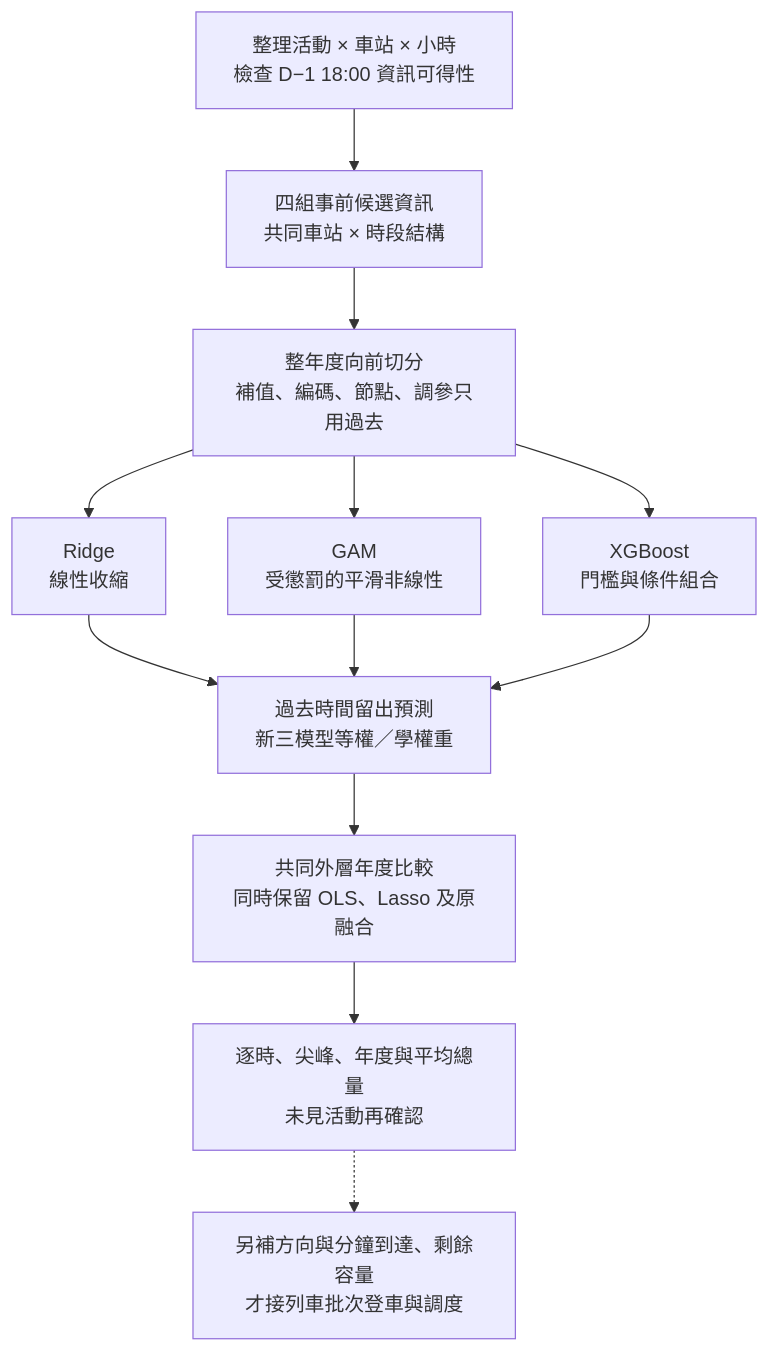
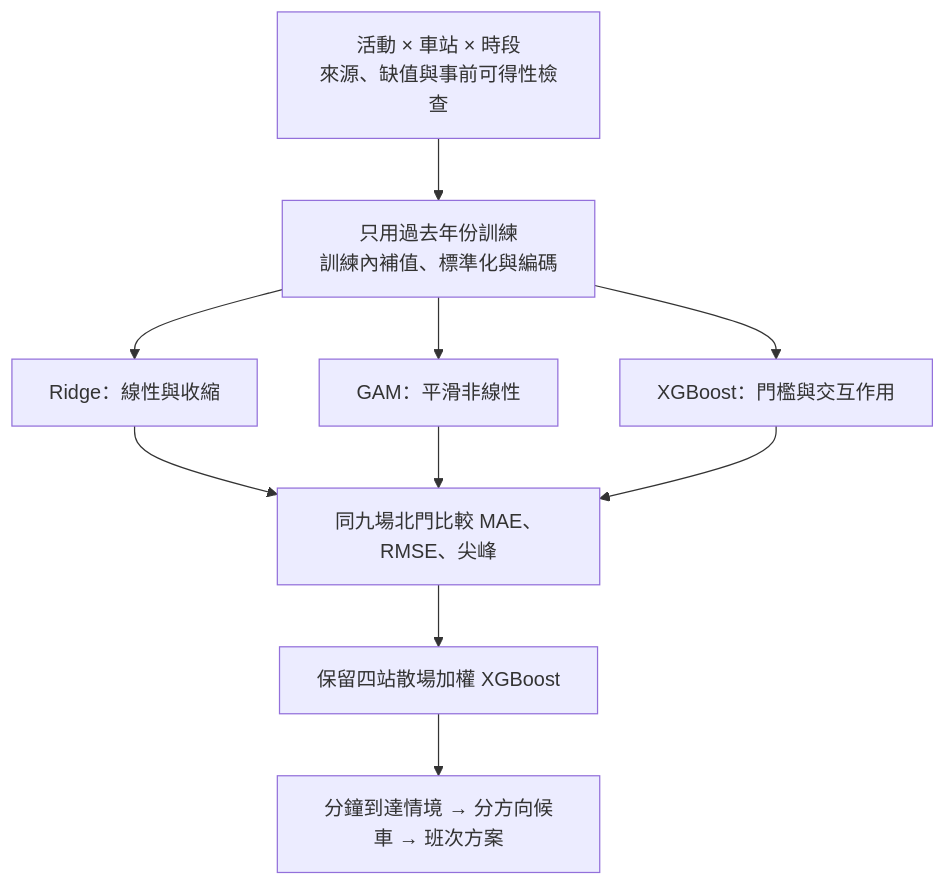
Before and after one commit to 410911316/Statistical-Practice-final: the diagram in README.md, drawn with Mermaid. The commit also changed other lines of this file and 1064 other files, not shown here.

````diff
--- a/README.md
+++ b/README.md
@@ -476,17 +15,12 @@
-```mermaid
+~~~mermaid
 flowchart TD
-    A["整理活動 × 車站 × 小時<br/>檢查 D−1 18:00 資訊可得性"]
-    B["四組事前候選資訊<br/>共同車站 × 時段結構"]
-    C["整年度向前切分<br/>補值、編碼、節點、調參只用過去"]
-    D["Ridge<br/>線性收縮"]
-    E["GAM<br/>受懲罰的平滑非線性"]
-    F["XGBoost<br/>門檻與條件組合"]
-    G["過去時間留出預測<br/>新三模型等權／學權重"]
-    H["共同外層年度比較<br/>同時保留 OLS、Lasso 及原融合"]
-    I["逐時、尖峰、年度與平均總量<br/>未見活動再確認"]
-    J["另補方向與分鐘到達、剩餘容量<br/>才接列車批次登車與調度"]
-    A --> B --> C
-    C --> D & E & F
-    D & E & F --> G --> H --> I
-    I -.-> J
-```
+    A["活動 × 車站 × 時段<br/>來源、缺值與事前可得性檢查"] --> B["只用過去年份訓練<br/>訓練內補值、標準化與編碼"]
+    B --> C["Ridge：線性與收縮"]
+    B --> D["GAM：平滑非線性"]
+    B --> E["XGBoost：門檻與交互作用"]
+    C --> F["同九場北門比較 MAE、RMSE、尖峰"]
+    D --> F
+    E --> F
+    F --> G["保留四站散場加權 XGBoost"]
+    G --> H["分鐘到達情境 → 分方向候車 → 班次方案"]
+~~~
````
